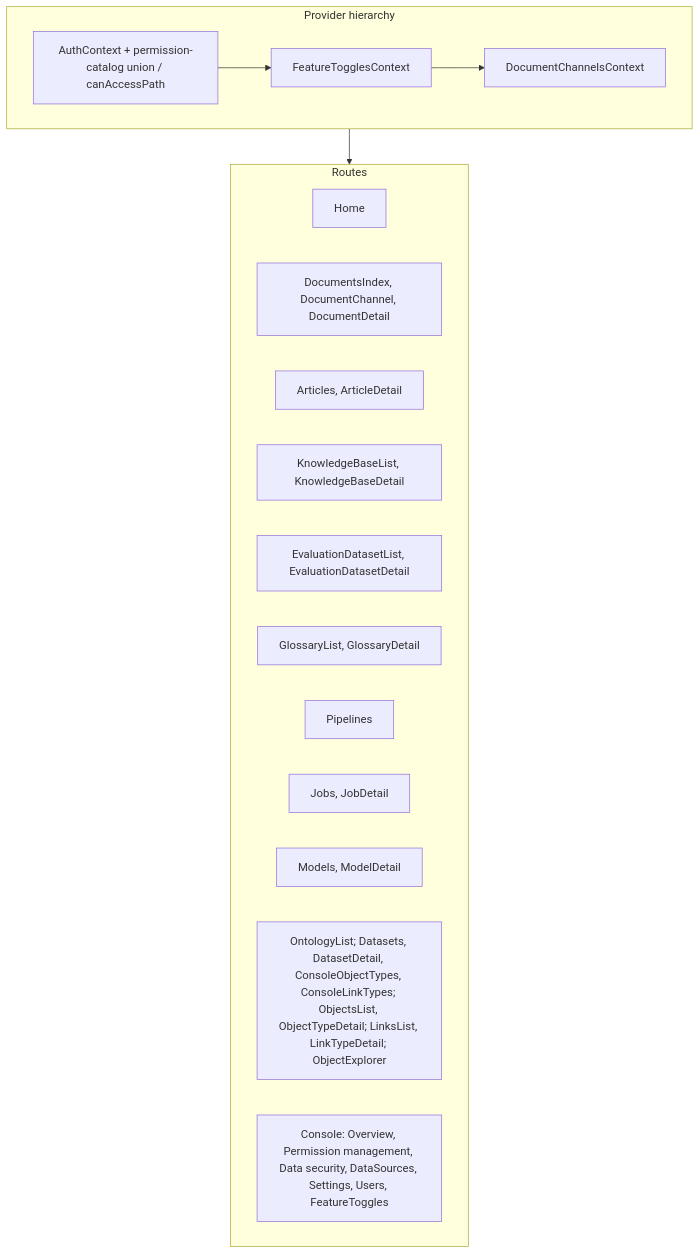
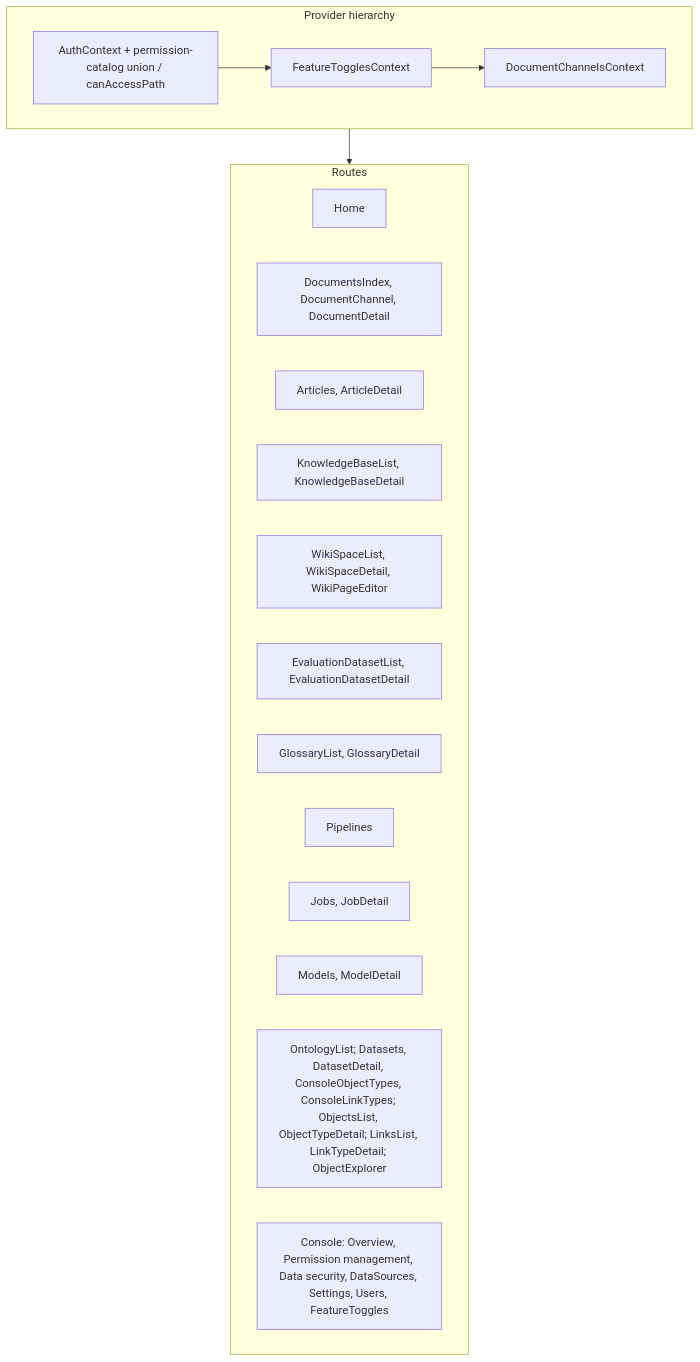
One commit to yingrui/openKMS changed the second of 5 diagrams in docs/architecture.md. Above: the diagram before and after it, drawn with Mermaid. The commit also changed other lines of this file and 59 other files, not shown here.

````diff
--- a/docs/architecture.md
+++ b/docs/architecture.md
@@ -61,26 +62,27 @@
 ```mermaid
 flowchart TB
   subgraph Providers["Provider hierarchy"]
     Auth[AuthContext + permission-catalog union / canAccessPath]
     FT[FeatureTogglesContext]
     DC[DocumentChannelsContext]
     Auth --> FT
     FT --> DC
   end
 
   subgraph Pages["Routes"]
     Home[Home]
     Docs[DocumentsIndex, DocumentChannel, DocumentDetail]
     Articles[Articles, ArticleDetail]
     KB[KnowledgeBaseList, KnowledgeBaseDetail]
+    Wiki[WikiSpaceList, WikiSpaceDetail, WikiPageEditor]
     Eval[EvaluationDatasetList, EvaluationDatasetDetail]
     Glossaries[GlossaryList, GlossaryDetail]
     Pipelines[Pipelines]
     Jobs[Jobs, JobDetail]
     Models[Models, ModelDetail]
     Ontology[OntologyList; Datasets, DatasetDetail, ConsoleObjectTypes, ConsoleLinkTypes; ObjectsList, ObjectTypeDetail; LinksList, LinkTypeDetail; ObjectExplorer]
     Console[Console: Overview, Permission management, Data security, DataSources, Settings, Users, FeatureToggles]
   end
 
   Providers --> Pages
 ```
````
